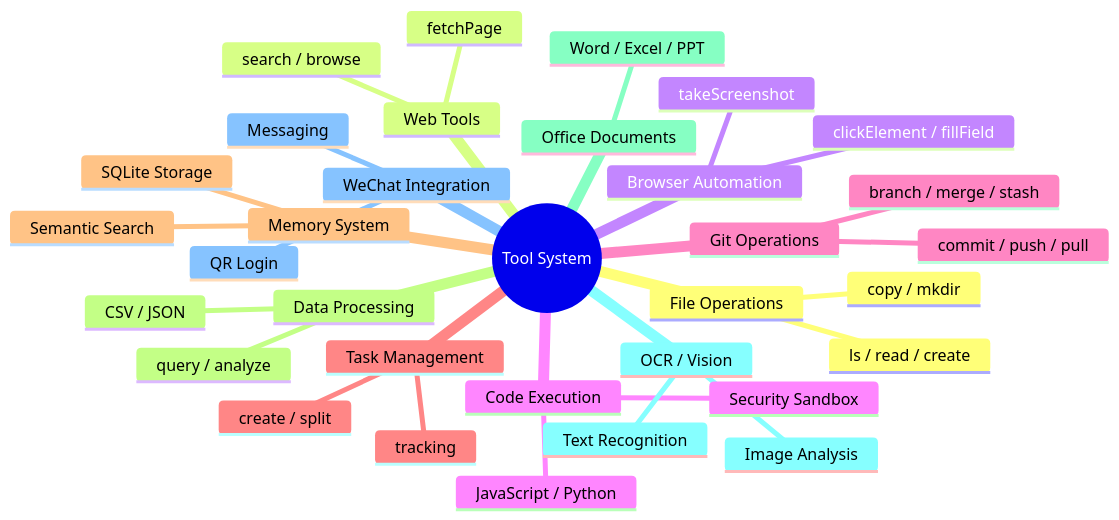
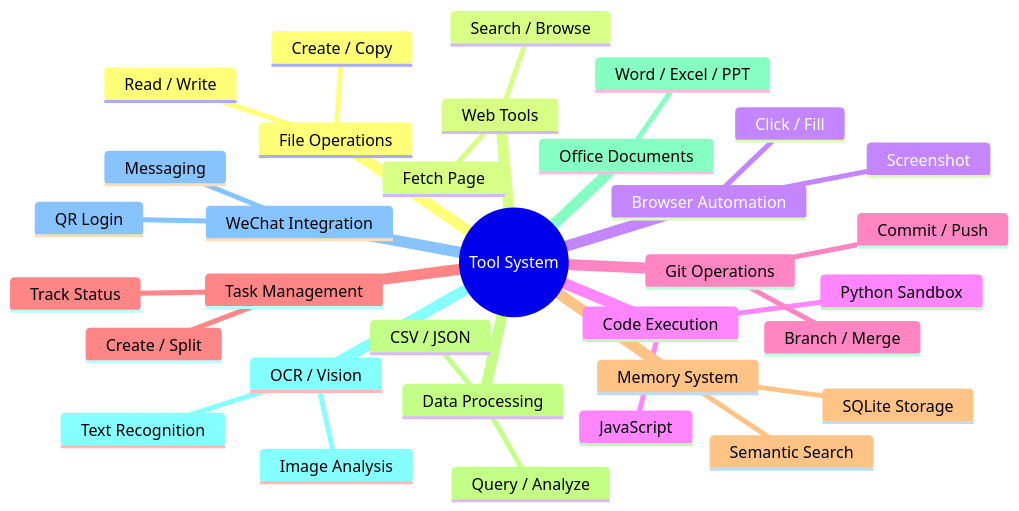
The first of 3 diagrams in README.md (1486853830/CogitoAgent), drawn with Mermaid before and after one commit. The commit also changed 1 other file, not shown here.

Commit message:
docs: 优化中英文README里的工具分类命名
统一调整工具列表的表述风格，将零散的命令式改为更通顺的中文分组名称，让文档可读性更强

````diff
--- a/README.md
+++ b/README.md
@@ -87,36 +87,36 @@
 ```mermaid
 mindmap
   root((Tool System))
     File Operations
-      ls / read / create
-      copy / mkdir
+      Read / Write
+      Create / Copy
     Web Tools
-      search / browse
-      fetchPage
+      Search / Browse
+      Fetch Page
     Browser Automation
-      clickElement / fillField
-      takeScreenshot
+      Click / Fill
+      Screenshot
     Code Execution
-      JavaScript / Python
-      Security Sandbox
+      JavaScript
+      Python Sandbox
     Git Operations
-      commit / push / pull
-      branch / merge / stash
+      Commit / Push
+      Branch / Merge
     Task Management
-      create / split
-      tracking
+      Create / Split
+      Track Status
     Memory System
       SQLite Storage
       Semantic Search
     Data Processing
       CSV / JSON
-      query / analyze
+      Query / Analyze
     Office Documents
       Word / Excel / PPT
     OCR / Vision
       Text Recognition
       Image Analysis
     WeChat Integration
       QR Login
       Messaging
 ```
````
